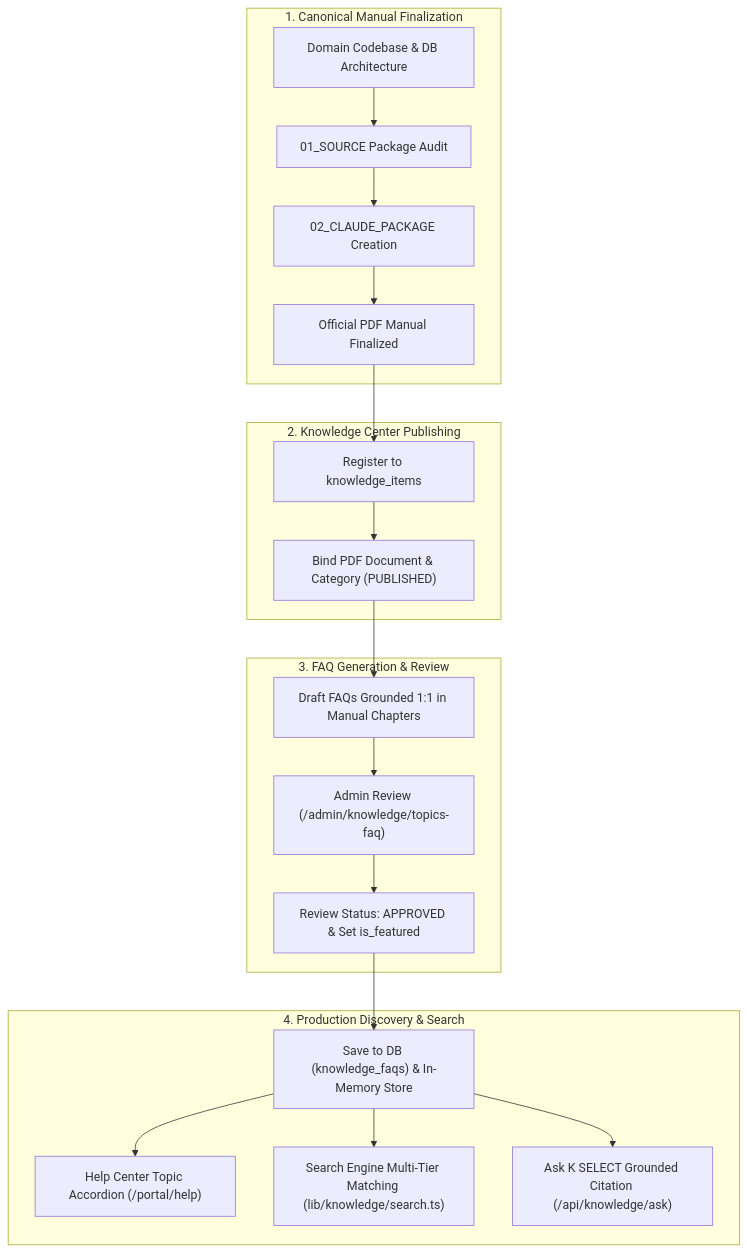
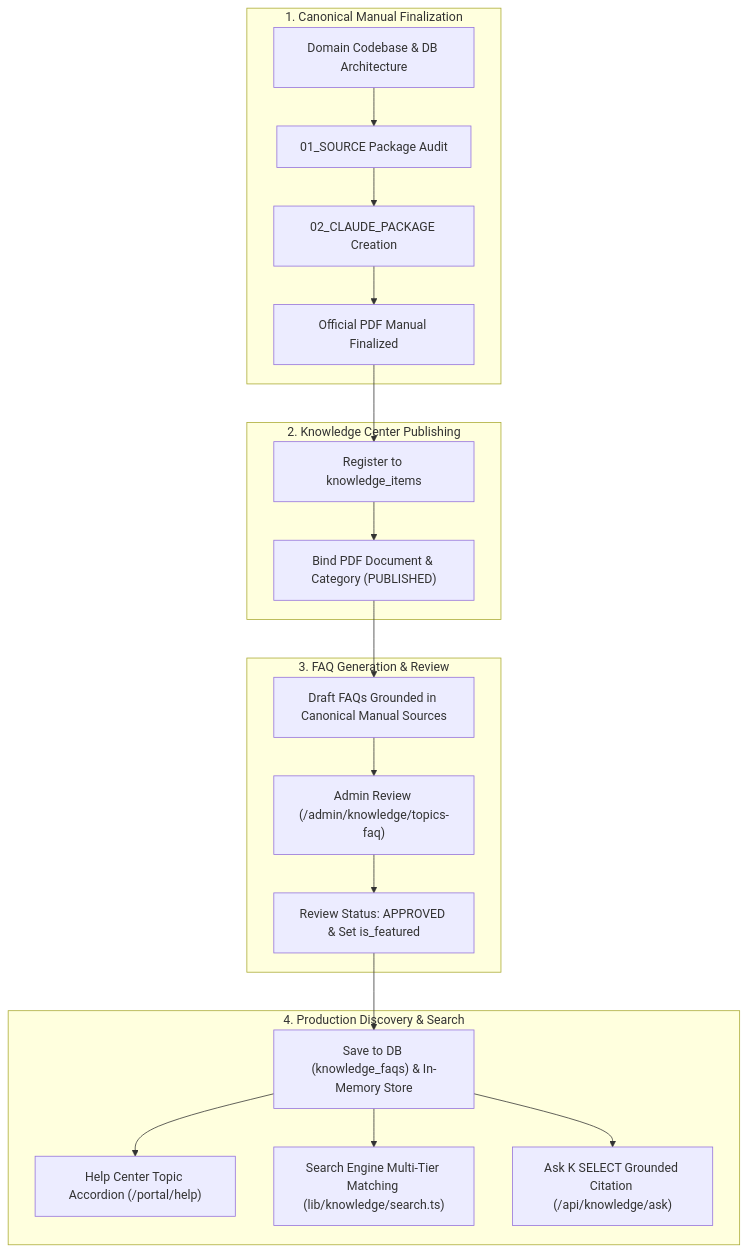
The first of 5 diagrams in Manuals/MAN-B-FAQ-001_Knowledge-FAQ/02_CLAUDE_PACKAGE/03_DIAGRAMS/FAQ_KNOWLEDGE_ARCHITECTURE_DIAGRAMS.md (chaehahm-Kr/KBGP-Portal), drawn with Mermaid before and after one commit.

Commit message:
docs(manual): MAN-B-FAQ-001-PKG-QA-R2 remove 1:1 grounding claim from architecture diagram

````diff
--- a/Manuals/MAN-B-FAQ-001_Knowledge-FAQ/02_CLAUDE_PACKAGE/03_DIAGRAMS/FAQ_KNOWLEDGE_ARCHITECTURE_DIAGRAMS.md
+++ b/Manuals/MAN-B-FAQ-001_Knowledge-FAQ/02_CLAUDE_PACKAGE/03_DIAGRAMS/FAQ_KNOWLEDGE_ARCHITECTURE_DIAGRAMS.md
@@ -13,26 +13,26 @@
 ```mermaid
 flowchart TD
     subgraph Phase1["1. Canonical Manual Finalization"]
         M1["Domain Codebase & DB Architecture"] --> M2["01_SOURCE Package Audit"]
         M2 --> M3["02_CLAUDE_PACKAGE Creation"]
         M3 --> M4["Official PDF Manual Finalized"]
     end
 
     subgraph Phase2["2. Knowledge Center Publishing"]
         M4 --> K1["Register to knowledge_items"]
         K1 --> K2["Bind PDF Document & Category (PUBLISHED)"]
     end
 
     subgraph Phase3["3. FAQ Generation & Review"]
-        K2 --> F1["Draft FAQs Grounded 1:1 in Manual Chapters"]
+        K2 --> F1["Draft FAQs Grounded in Canonical Manual Sources"]
         F1 --> F2["Admin Review (/admin/knowledge/topics-faq)"]
         F2 --> F3["Review Status: APPROVED & Set is_featured"]
     end
 
     subgraph Phase4["4. Production Discovery & Search"]
         F3 --> S1["Save to DB (knowledge_faqs) & In-Memory Store"]
         S1 --> S2["Help Center Topic Accordion (/portal/help)"]
         S1 --> S3["Search Engine Multi-Tier Matching (lib/knowledge/search.ts)"]
         S1 --> S4["Ask K SELECT Grounded Citation (/api/knowledge/ask)"]
     end
 ```
````
